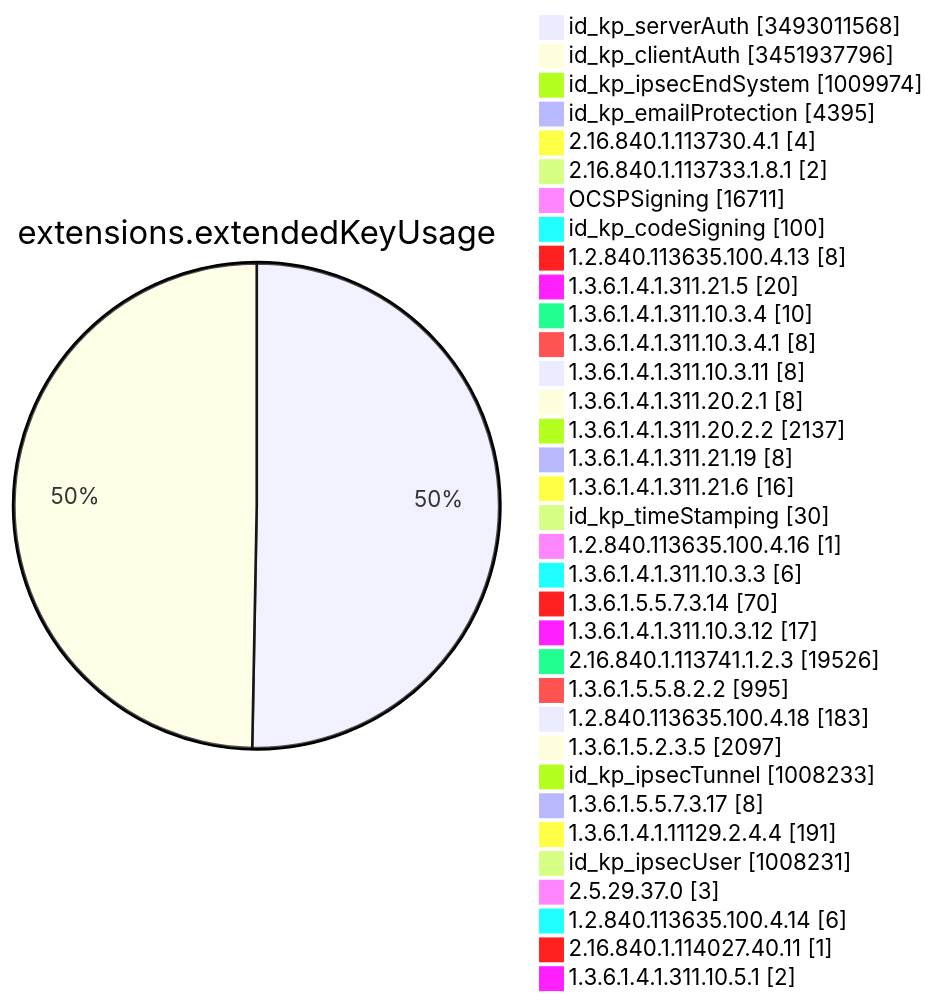
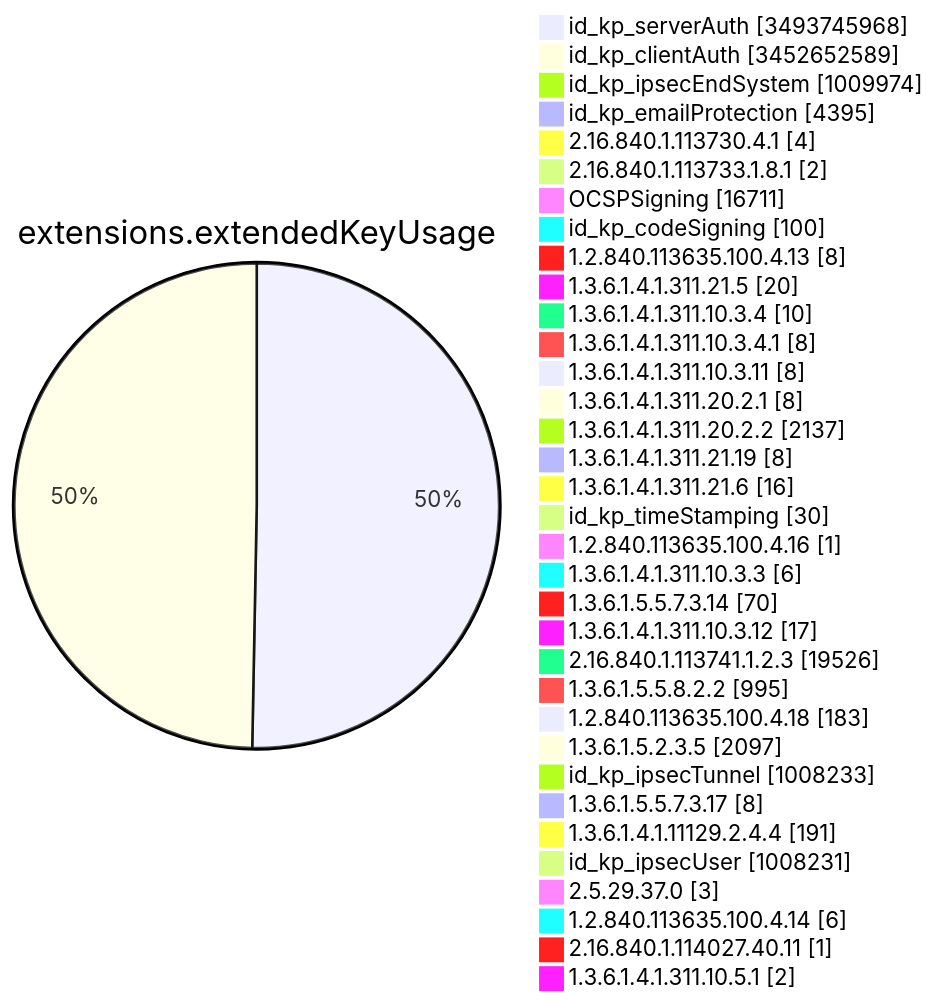
Before and after one commit to christiankrug/ctmonitor_visualization: diagram 11 of 15 in TOTAL/README.md, drawn with Mermaid. The commit also changed other lines of this file, not shown here.

````diff
--- a/TOTAL/README.md
+++ b/TOTAL/README.md
@@ -4124,38 +4124,38 @@
 ```mermaid
 pie showData
 title extensions.extendedKeyUsage
-"id_kp_serverAuth" :3493011568
-"id_kp_clientAuth" :3451937796
+"id_kp_serverAuth" :3493745968
+"id_kp_clientAuth" :3452652589
 "id_kp_ipsecEndSystem" :1009974
 "id_kp_emailProtection" :4395
 "2.16.840.1.113730.4.1" :4
 "2.16.840.1.113733.1.8.1" :2
 "OCSPSigning" :16711
 "id_kp_codeSigning" :100
 "1.2.840.113635.100.4.13" :8
 "1.3.6.1.4.1.311.21.5" :20
 "1.3.6.1.4.1.311.10.3.4" :10
 "1.3.6.1.4.1.311.10.3.4.1" :8
 "1.3.6.1.4.1.311.10.3.11" :8
 "1.3.6.1.4.1.311.20.2.1" :8
 "1.3.6.1.4.1.311.20.2.2" :2137
 "1.3.6.1.4.1.311.21.19" :8
 "1.3.6.1.4.1.311.21.6" :16
 "id_kp_timeStamping" :30
 "1.2.840.113635.100.4.16" :1
 "1.3.6.1.4.1.311.10.3.3" :6
 "1.3.6.1.5.5.7.3.14" :70
 "1.3.6.1.4.1.311.10.3.12" :17
 "2.16.840.1.113741.1.2.3" :19526
 "1.3.6.1.5.5.8.2.2" :995
 "1.2.840.113635.100.4.18" :183
 "1.3.6.1.5.2.3.5" :2097
 "id_kp_ipsecTunnel" :1008233
 "1.3.6.1.5.5.7.3.17" :8
 "1.3.6.1.4.1.11129.2.4.4" :191
 "id_kp_ipsecUser" :1008231
 "2.5.29.37.0" :3
 "1.2.840.113635.100.4.14" :6
 "2.16.840.1.114027.40.11" :1
 "1.3.6.1.4.1.311.10.5.1" :2
 ```
````
